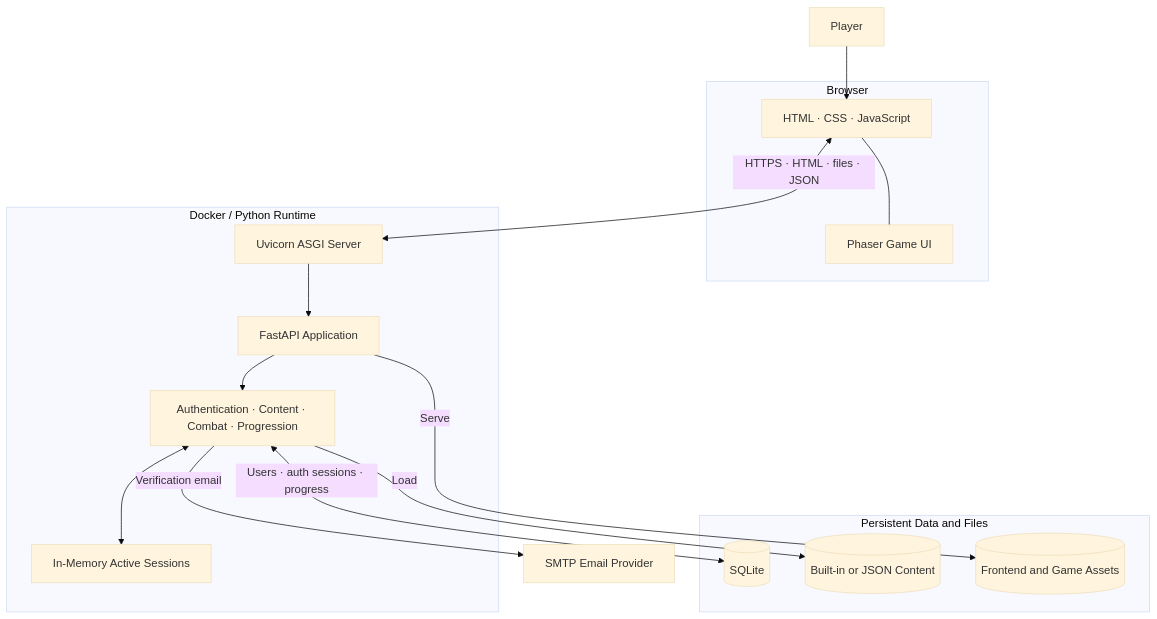
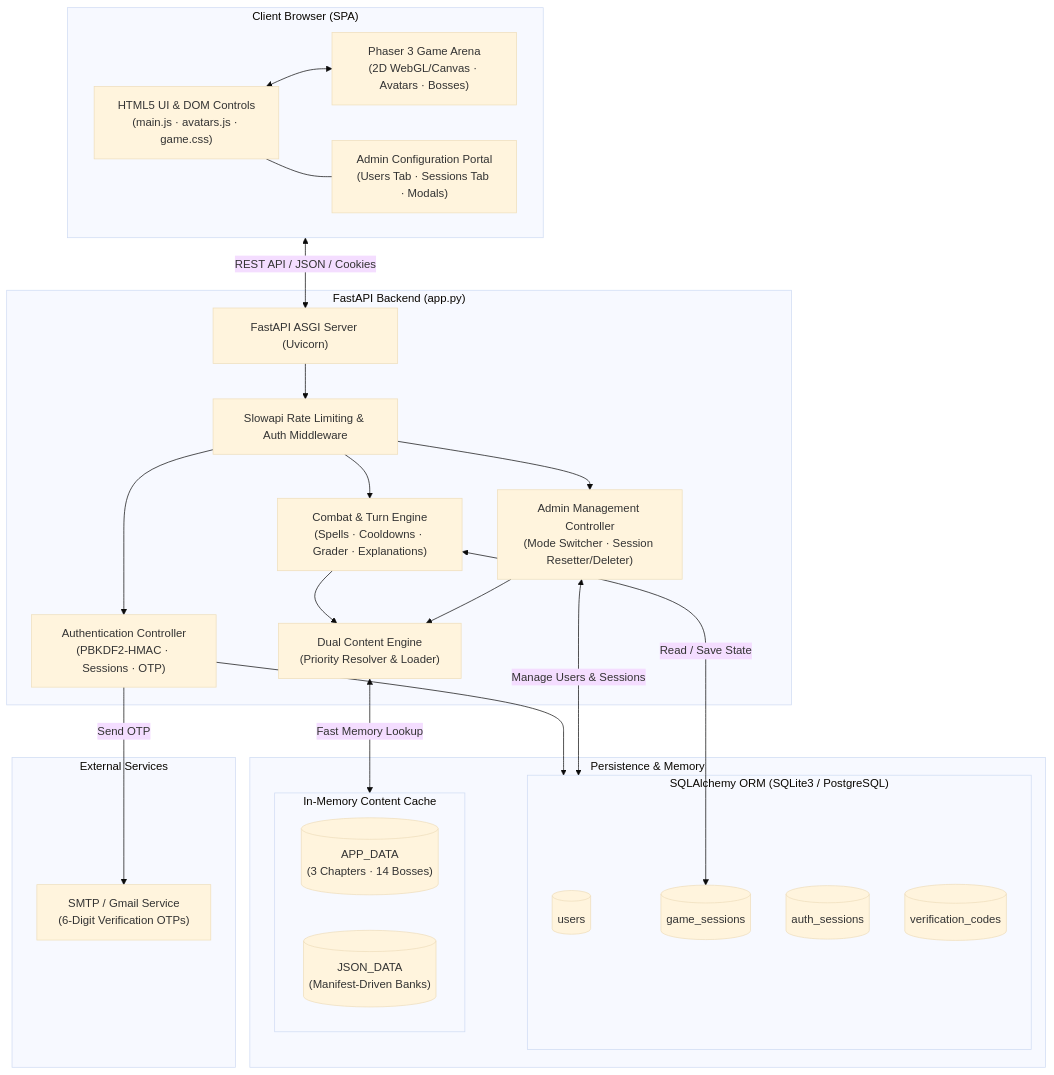
The first of 5 diagrams in README.md (DKxi/OrganicBattlesProductionUpgrade), drawn with Mermaid (base theme) before and after one commit. The commit also changed other lines of this file and 1 other file, not shown here.

Commit message:
Update README.md with comprehensive architecture diagrams and reference guide, and sync ProdUpgradeTasks.md

````diff
--- a/README.md
+++ b/README.md
@@ -30,35 +9,48 @@
 ```mermaid
 flowchart TB
-    Player["Player"]
-
-    subgraph Client["Browser"]
-        Web["HTML · CSS · JavaScript"]
-        Phaser["Phaser Game UI"]
-        Web --- Phaser
+    subgraph Client["Client Browser (SPA)"]
+        UI["HTML5 UI & DOM Controls<br/>(main.js · avatars.js · game.css)"]
+        Phaser["Phaser 3 Game Arena<br/>(2D WebGL/Canvas · Avatars · Bosses)"]
+        AdminUI["Admin Configuration Portal<br/>(Users Tab · Sessions Tab · Modals)"]
+        UI <--> Phaser
+        UI --- AdminUI
     end
 
-    subgraph Runtime["Docker / Python Runtime"]
-        Uvicorn["Uvicorn ASGI Server"]
-        API["FastAPI Application"]
-        Services["Authentication · Content · Combat · Progression"]
-        Active["In-Memory Active Sessions"]
-        Uvicorn --> API
-        API --> Services
-        Services <--> Active
+    subgraph Server["FastAPI Backend (app.py)"]
+        Router["FastAPI ASGI Server (Uvicorn)"]
+        RateLimit["Slowapi Rate Limiting & Auth Middleware"]
+        AuthCtrl["Authentication Controller<br/>(PBKDF2-HMAC · Sessions · OTP)"]
+        CombatEngine["Combat & Turn Engine<br/>(Spells · Cooldowns · Grader · Explanations)"]
+        AdminCtrl["Admin Management Controller<br/>(Mode Switcher · Session Resetter/Deleter)"]
+        DualEngine["Dual Content Engine<br/>(Priority Resolver & Loader)"]
+
+        Router --> RateLimit --> AuthCtrl & CombatEngine & AdminCtrl
+        CombatEngine --> DualEngine
+        AdminCtrl --> DualEngine
     end
 
-    subgraph Data["Persistent Data and Files"]
-        SQLite[("SQLite")]
-        Content[("Built-in or JSON Content")]
-        Assets[("Frontend and Game Assets")]
+    subgraph Storage["Persistence & Memory"]
+        subgraph DB["SQLAlchemy ORM (SQLite3 / PostgreSQL)"]
+            UsersTable[("users")]
+            SessionsTable[("game_sessions")]
+            AuthTable[("auth_sessions")]
+            OTPTable[("verification_codes")]
+        end
+
+        subgraph MemoryBundles["In-Memory Content Cache"]
+            AppBundle[("APP_DATA<br/>(3 Chapters · 14 Bosses)")]
+            JsonBundle[("JSON_DATA<br/>(Manifest-Driven Banks)")]
+        end
     end
 
-    SMTP["SMTP Email Provider"]
+    subgraph External["External Services"]
+        SMTP["SMTP / Gmail Service<br/>(6-Digit Verification OTPs)"]
+    end
 
-    Player --> Web
-    Web <-->|"HTTPS · HTML · files · JSON"| Uvicorn
-    API -->|"Serve"| Assets
-    Services <-->|"Users · auth sessions · progress"| SQLite
-    Services -->|"Load"| Content
-    Services -->|"Verification email"| SMTP
+    Client <-->|"REST API / JSON / Cookies"| Router
+    AuthCtrl --> DB
+    AuthCtrl -->|"Send OTP"| SMTP
+    CombatEngine <-->|"Read / Save State"| SessionsTable
+    AdminCtrl <-->|"Manage Users & Sessions"| DB
+    DualEngine <-->|"Fast Memory Lookup"| MemoryBundles
 ```
````
